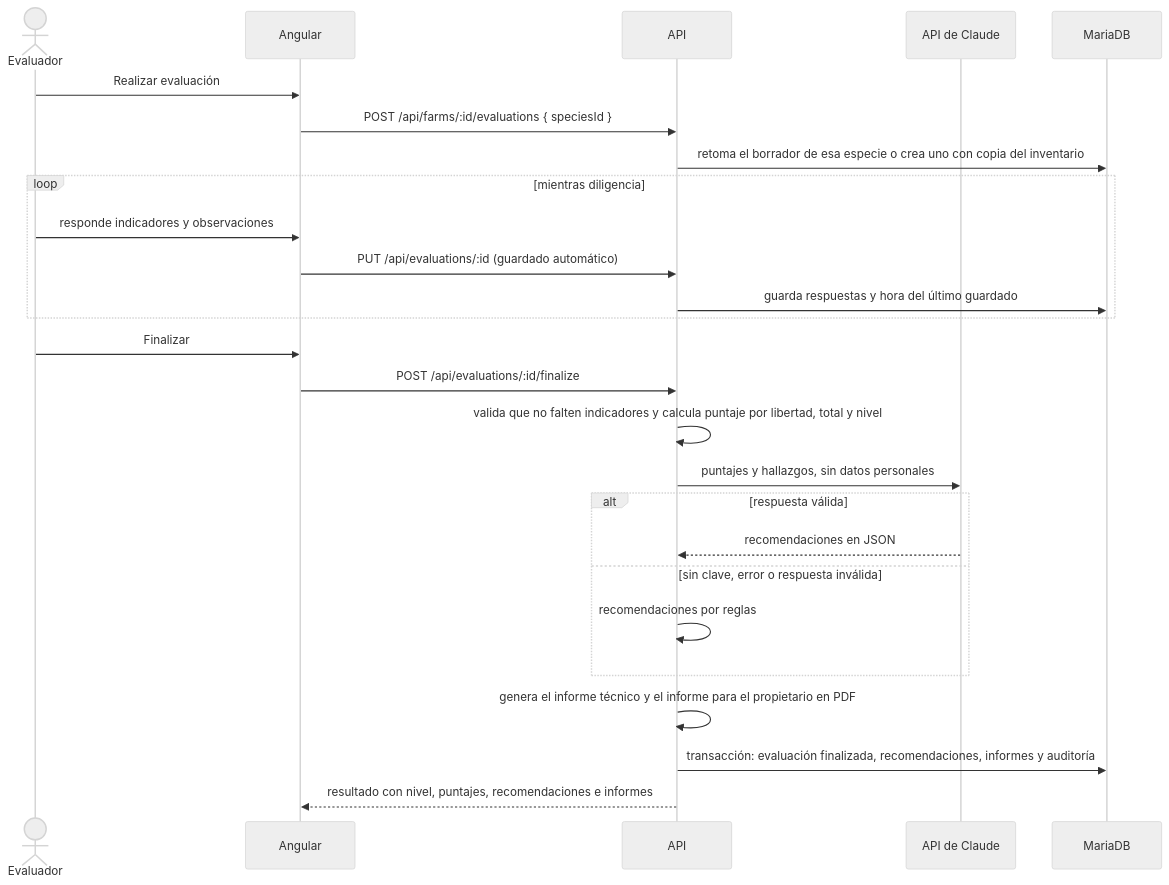
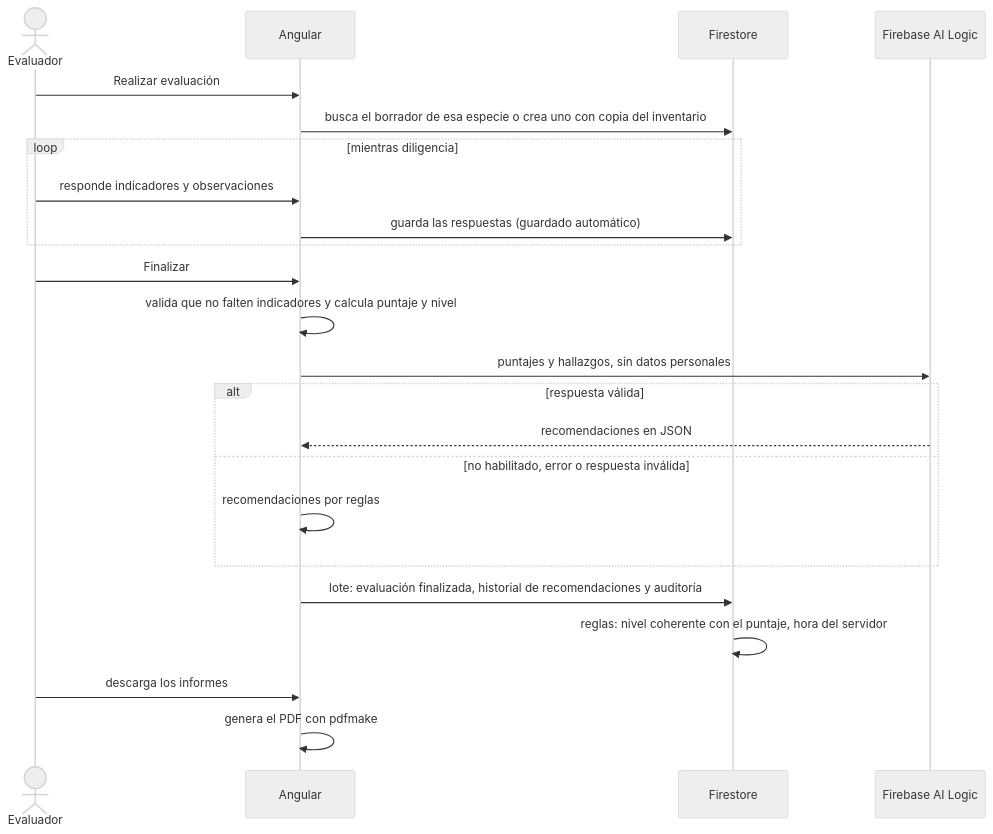
The fourth of 4 diagrams in docs/ARQUITECTURA.md (98765432100123456/Aplicacion-a-la-inteligencia-artificial-), drawn with Mermaid (neutral theme) before and after one commit. The commit also changed other lines of this file and 135 other files, not shown here.

First line of the commit message:
Retira el servicio NestJS y MariaDB; documentación y pruebas sobre Firebase

````diff
--- a/docs/ARQUITECTURA.md
+++ b/docs/ARQUITECTURA.md
@@ -207,28 +126,25 @@
 ```mermaid
 sequenceDiagram
     actor E as Evaluador
     participant W as Angular
-    participant A as API
-    participant IA as API de Claude
-    participant D as MariaDB
+    participant F as Firestore
+    participant IA as Firebase AI Logic
     E->>W: Realizar evaluación
-    W->>A: POST /api/farms/:id/evaluations { speciesId }
-    A->>D: retoma el borrador de esa especie o crea uno con copia del inventario
+    W->>F: busca el borrador de esa especie o crea uno con copia del inventario
     loop mientras diligencia
         E->>W: responde indicadores y observaciones
-        W->>A: PUT /api/evaluations/:id (guardado automático)
-        A->>D: guarda respuestas y hora del último guardado
+        W->>F: guarda las respuestas (guardado automático)
     end
     E->>W: Finalizar
-    W->>A: POST /api/evaluations/:id/finalize
-    A->>A: valida que no falten indicadores y calcula puntaje por libertad, total y nivel
-    A->>IA: puntajes y hallazgos, sin datos personales
+    W->>W: valida que no falten indicadores y calcula puntaje y nivel
+    W->>IA: puntajes y hallazgos, sin datos personales
     alt respuesta válida
-        IA-->>A: recomendaciones en JSON
-    else sin clave, error o respuesta inválida
-        A->>A: recomendaciones por reglas
+        IA-->>W: recomendaciones en JSON
+    else no habilitado, error o respuesta inválida
+        W->>W: recomendaciones por reglas
     end
-    A->>A: genera el informe técnico y el informe para el propietario en PDF
-    A->>D: transacción: evaluación finalizada, recomendaciones, informes y auditoría
-    A-->>W: resultado con nivel, puntajes, recomendaciones e informes
+    W->>F: lote: evaluación finalizada, historial de recomendaciones y auditoría
+    F->>F: reglas: nivel coherente con el puntaje, hora del servidor
+    E->>W: descarga los informes
+    W->>W: genera el PDF con pdfmake
 ```
````
